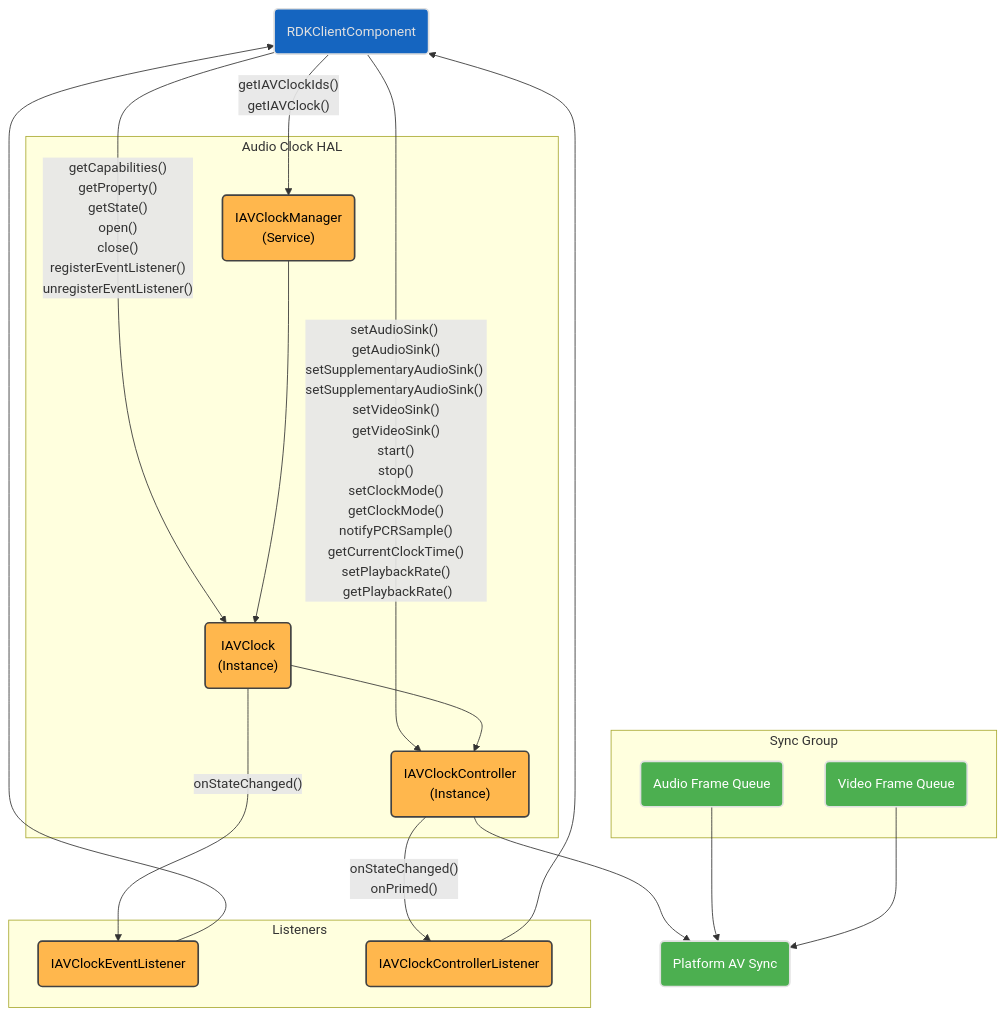
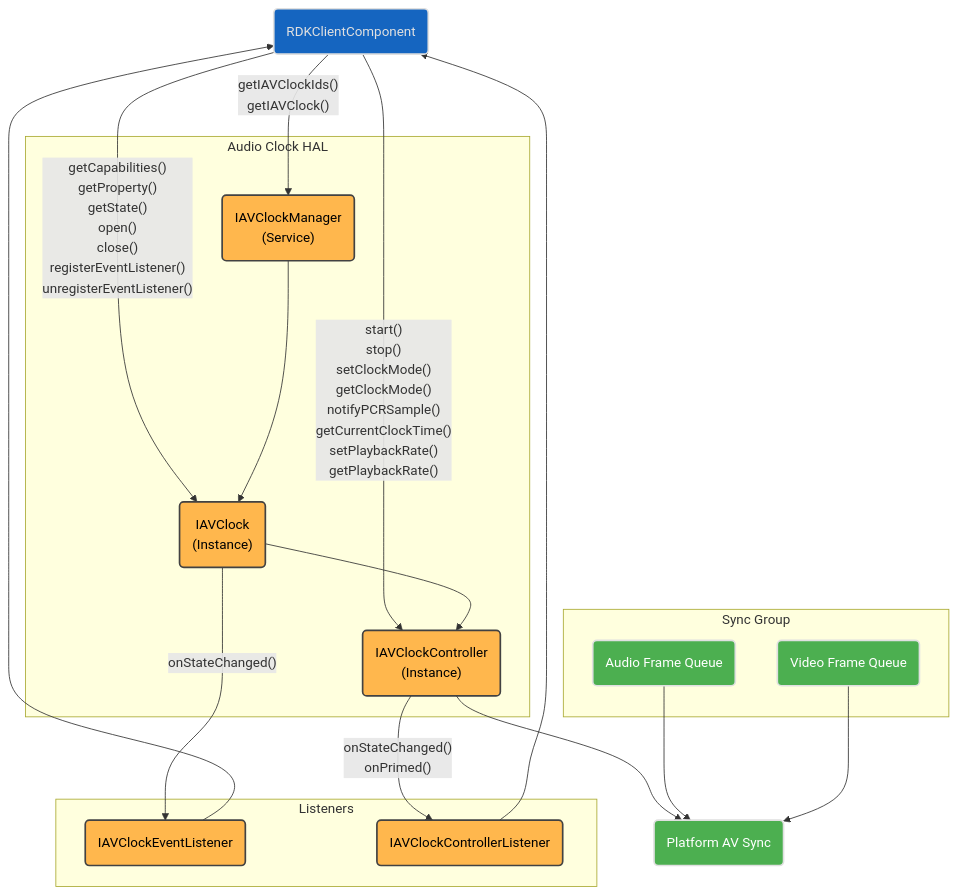
One commit to rdkcentral/rdk-halif-aidl changed the first of 7 diagrams in docs/halif/av_clock/current/av_clock.md. Above: the diagram before and after it, drawn with Mermaid. The commit also changed other lines of this file and 3 other files, not shown here.

````diff
--- a/docs/halif/av_clock/current/av_clock.md
+++ b/docs/halif/av_clock/current/av_clock.md
@@ -103,47 +103,47 @@
 ```mermaid
 flowchart TD
     RDKClientComponent("RDKClientComponent")
     subgraph Listeners["Listeners"]
         IAVClockEventListener("IAVClockEventListener")
         IAVClockControllerListener("IAVClockControllerListener")
     end
     subgraph IAVClockHAL["Audio Clock HAL"]
         IAVClockManager("IAVClockManager <br>(Service)")
         IAVClock("IAVClock <br>(Instance)")
         IAVClockController("IAVClockController <br>(Instance)")
     end
     subgraph SyncGroup["Sync Group"]
         AudioFrameQueue("Audio Frame Queue")
         VideoFrameQueue("Video Frame Queue")
     end
       platformAVSync("Platform AV Sync")
     RDKClientComponent -- getIAVClockIds() <br> getIAVClock() --> IAVClockManager
     RDKClientComponent -- getCapabilities() <br> getProperty() <br> getState() <br> open() <br> close() <br> registerEventListener() <br> unregisterEventListener() --> IAVClock
-    RDKClientComponent -- setAudioSink() <br> getAudioSink() setSupplementaryAudioSink() setSupplementaryAudioSink() <br> setVideoSink() <br> getVideoSink() <br> start() <br> stop() <br> setClockMode() <br> getClockMode() <br> notifyPCRSample() <br> getCurrentClockTime() <br> setPlaybackRate() <br> getPlaybackRate() --> IAVClockController
+    RDKClientComponent -- start() <br> stop() <br> setClockMode() <br> getClockMode() <br> notifyPCRSample() <br> getCurrentClockTime() <br> setPlaybackRate() <br> getPlaybackRate() --> IAVClockController
     IAVClockManager --> IAVClock --> IAVClockController
     IAVClock -- onStateChanged() --> IAVClockEventListener
     IAVClockController -- onStateChanged() <br> onPrimed() --> IAVClockControllerListener
     IAVClockEventListener --> RDKClientComponent
     IAVClockControllerListener --> RDKClientComponent
     IAVClockController --> platformAVSync
     %% Sync Group
     AudioFrameQueue --> platformAVSync
     VideoFrameQueue --> platformAVSync
 
     classDef background fill:#121212,stroke:none,color:#E0E0E0;
     classDef blue fill:#1565C0,stroke:#E0E0E0,stroke-width:2px,color:#E0E0E0;
     classDef lightGrey fill:#616161,stroke:#E0E0E0,stroke-width:2px,color:#FFFFFF;
     classDef wheat fill:#FFB74D,stroke:#424242,stroke-width:2px,color:#000000;
     classDef green fill:#4CAF50,stroke:#E0E0E0,stroke-width:2px,color:#FFFFFF;
     classDef default fill:#1E1E1E,stroke:#E0E0E0,stroke-width:1px,color:#E0E0E0;
 
     RDKClientComponent:::blue
     IAVClockManager:::wheat
     IAVClockController:::wheat
     IAVClock:::wheat
     IAVClockControllerListener:::wheat
     IAVClockEventListener:::wheat
     platformAVSync:::green
     AudioFrameQueue:::green
     VideoFrameQueue:::green
 ```
````
